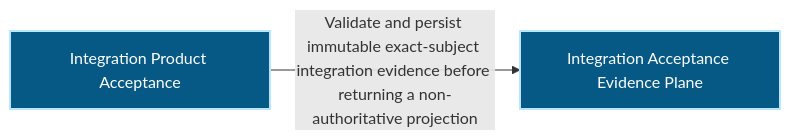
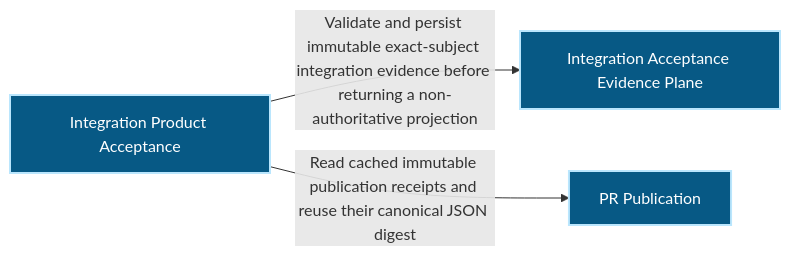
One commit to Ancienttwo/repo-harness changed the first of 2 diagrams in docs/architecture/modules/runtime-harness/integration-acceptance.md. Above: the diagram before and after it, drawn with Mermaid. The commit also changed other lines of this file and 54 other files, not shown here.

First line of the commit message:
Model the organization and delivery runtime capabilities

````diff
--- a/docs/architecture/modules/runtime-harness/integration-acceptance.md
+++ b/docs/architecture/modules/runtime-harness/integration-acceptance.md
@@ -16,10 +16,12 @@
 ```mermaid
 flowchart LR
+  p1_capability_organization_publication_44355620["PR Publication"]:::component
   p1_capability_runtime_harness_integration_acceptance_8c7dd2d3["Integration Product Acceptance"]:::component
   p1_component_integration_acceptance_primary_d3db0bd8["Integration Acceptance Evidence Plane"]:::component
   p1_capability_runtime_harness_integration_acceptance_8c7dd2d3 -->|"Validate and persist immutable exact-subject integration evidence before returning a non-authoritative projection"| p1_component_integration_acceptance_primary_d3db0bd8
+  p1_capability_runtime_harness_integration_acceptance_8c7dd2d3 -->|"Read cached immutable publication receipts and reuse their canonical JSON digest"| p1_capability_organization_publication_44355620
   classDef actor fill:#111827,color:#ffffff,stroke:#f9fafb,stroke-width:2px
   classDef component fill:#075985,color:#ffffff,stroke:#bae6fd,stroke-width:2px
   classDef datastore fill:#3f6212,color:#ffffff,stroke:#d9f99d,stroke-width:2px
   classDef external fill:#7c2d12,color:#ffffff,stroke:#fed7aa,stroke-width:2px
 ```
````
